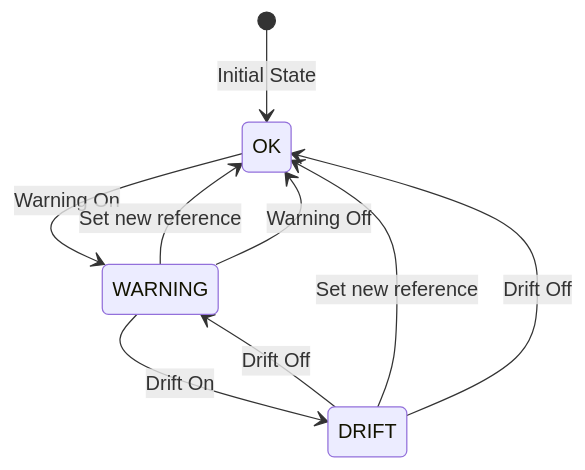
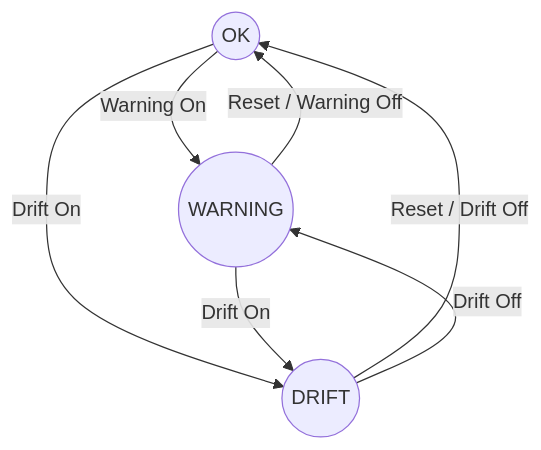
The diagram in md-docs/user_guide/monitoring/index.md (ml-cube/ml3-platform-docs), drawn with Mermaid before and after one commit.

Commit message:
Improve mermaid diagram in monitoring page

````diff
--- a/md-docs/user_guide/monitoring/index.md
+++ b/md-docs/user_guide/monitoring/index.md
@@ -254,16 +254,15 @@
 ```mermaid
-stateDiagram-v2
-    
-    [*] --> OK : Initial State
-    
-    OK --> WARNING : Warning On
-    WARNING --> OK : Set new reference 
-    WARNING --> OK : Warning Off
-    
-    
-    WARNING --> DRIFT : Drift On
-    DRIFT --> WARNING : Drift Off
-    
-    DRIFT --> OK : Set new reference
-    DRIFT --> OK : Drift Off
+flowchart TD
+    OK((OK))
+    WARNING((WARNING))
+    DRIFT((DRIFT))
+
+    OK -->|Warning On| WARNING
+    OK -->|Drift On| DRIFT
+
+    WARNING -->|Reset / Warning Off| OK
+    DRIFT -->|Reset / Drift Off| OK
+
+    WARNING -->|Drift On| DRIFT
+    DRIFT -->|Drift Off| WARNING
 ```
````
